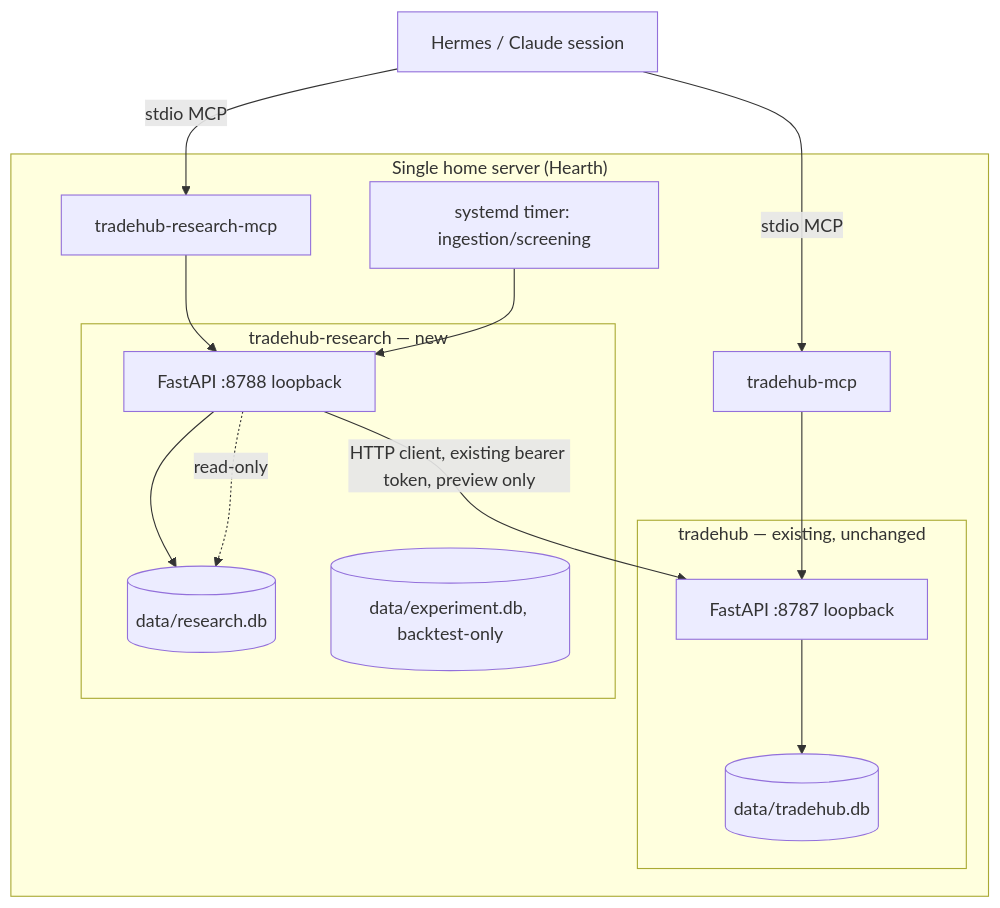
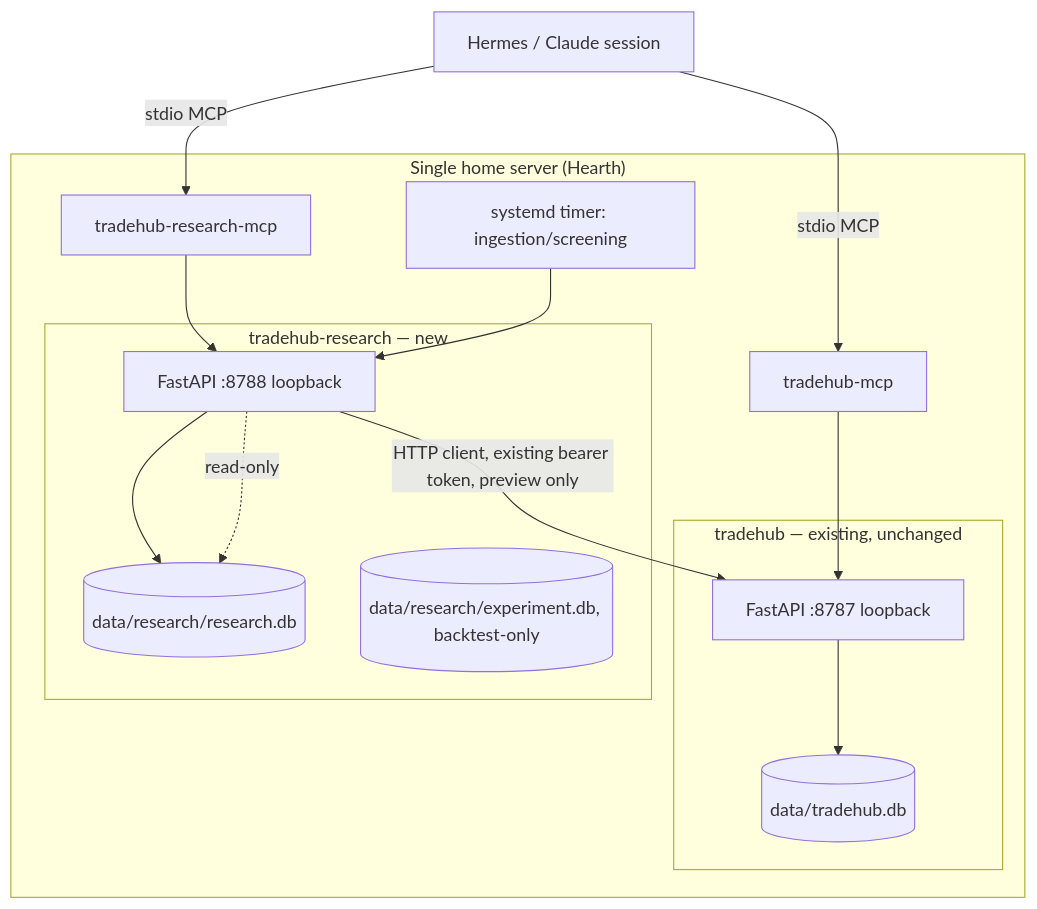
One commit to Joncallim/tiger-tradehub changed the fifth of 6 diagrams in docs/v2-architecture.md. Above: the diagram before and after it, drawn with Mermaid. The commit also changed other lines of this file and 2 other files, not shown here.

Commit message:
Fold independent adversarial review findings into V2 architecture

````diff
--- a/docs/v2-architecture.md
+++ b/docs/v2-architecture.md
@@ -543,26 +623,26 @@
 ```mermaid
 flowchart TB
     subgraph Host["Single home server (Hearth)"]
         subgraph P1["tradehub — existing, unchanged"]
             APP[FastAPI :8787 loopback]
             DB1[(data/tradehub.db)]
         end
         subgraph P2["tradehub-research — new"]
             APP2[FastAPI :8788 loopback]
-            DB2[(data/research.db)]
-            DB3[(data/experiment.db, backtest-only)]
+            DB2[(data/research/research.db)]
+            DB3[(data/research/experiment.db, backtest-only)]
         end
         MCP1[tradehub-mcp]
         MCP2[tradehub-research-mcp]
         CRON[systemd timer: ingestion/screening]
     end
     Hermes[Hermes / Claude session] -->|stdio MCP| MCP1
     Hermes -->|stdio MCP| MCP2
     MCP1 --> APP
     MCP2 --> APP2
     APP2 -->|HTTP client, existing bearer token, preview only| APP
     APP --> DB1
     APP2 --> DB2
     APP2 -.read-only.-> DB2
     CRON --> APP2
 ```
````
